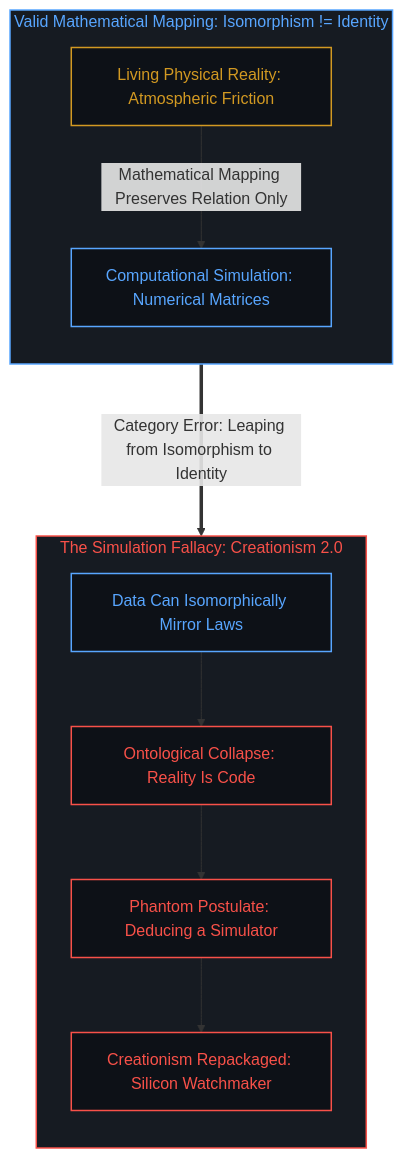
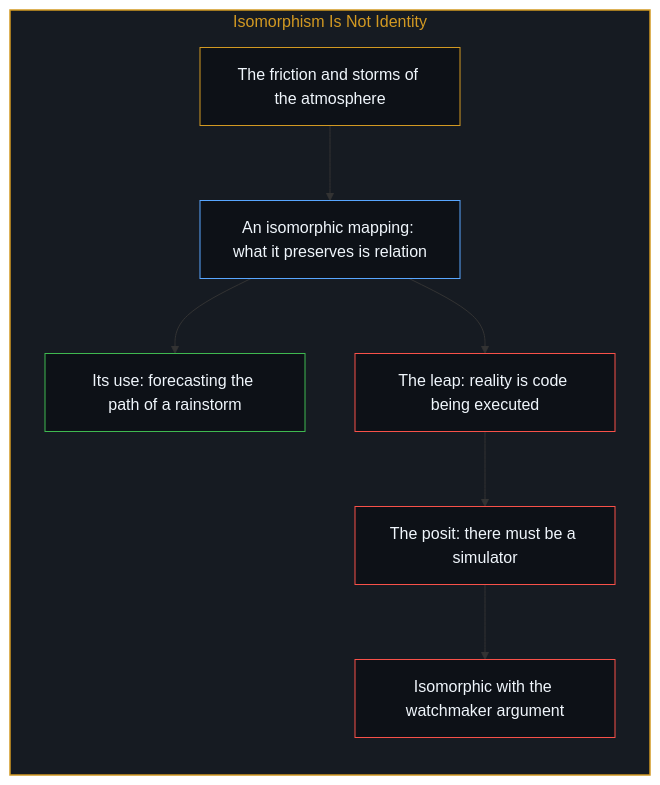
Before and after one commit to powerpig99/not-a-toe: the fourth of 10 diagrams in content/posts/all-that-can-be-spoken-is-the-product-of-the-unspeakable.md, drawn with Mermaid. The commit also changed other lines of this file and 2 other files, not shown here.

Commit message:
Refine all-that-can-be-spoken-is-the-product-of-the-unspeakable: alternating bilingual layout, five paired diagrams, the cut and the informational side of the machine, implicit first person

````diff
--- a/content/posts/all-that-can-be-spoken-is-the-product-of-the-unspeakable.md
+++ b/content/posts/all-that-can-be-spoken-is-the-product-of-the-unspeakable.md
@@ -129,29 +115,25 @@
 ```mermaid
-graph TD
-    classDef default fill:#0d1117,stroke:#30363d,stroke-width:1px,color:#f0f6fc;
-    classDef mind fill:#0d1117,stroke:#3fb950,stroke-width:1.5px,color:#3fb950;
-    classDef failure fill:#0d1117,stroke:#f85149,stroke-width:1.5px,color:#f85149;
-    classDef scaffold fill:#0d1117,stroke:#d29922,stroke-width:1.5px,color:#d29922;
-    classDef model fill:#0d1117,stroke:#58a6ff,stroke-width:1.5px,color:#58a6ff;
-
-    subgraph S_Isomorphism_EN ["Valid Mathematical Mapping: Isomorphism != Identity"]
+flowchart TD
+    subgraph S_Iso["Isomorphism Is Not Identity"]
         direction TB
-        IE1["Living Physical Reality: Atmospheric Friction"]:::scaffold
-        IE2["Computational Simulation: Numerical Matrices"]:::model
-        IE1 -->|"Mathematical Mapping Preserves Relation Only"| IE2
+        Real["The friction and storms of the atmosphere"]
+        Map["An isomorphic mapping: what it preserves is relation"]
+        Use["Its use: forecasting the path of a rainstorm"]
+        Leap["The leap: reality is code being executed"]
+        Simr["The posit: there must be a simulator"]
+        Watch["Isomorphic with the watchmaker argument"]
+        Real --> Map
+        Map --> Use
+        Map --> Leap
+        Leap --> Simr
+        Simr --> Watch
     end
 
-    subgraph S_Collapse_EN ["The Simulation Fallacy: Creationism 2.0"]
-        direction TB
-        CE1["Data Can Isomorphically Mirror Laws"]:::model
-        CE2["Ontological Collapse: Reality Is Code"]:::failure
-        CE3["Phantom Postulate: Deducing a Simulator"]:::failure
-        CE4["Creationism Repackaged: Silicon Watchmaker"]:::failure
-        CE1 --> CE2 --> CE3 --> CE4
-    end
-
-    IE2 ===>|"Category Error: Leaping from Isomorphism to Identity"| CE1
-
-    style S_Isomorphism_EN fill:#161b22,stroke:#58a6ff,stroke-width:1.5px,color:#58a6ff
-    style S_Collapse_EN fill:#161b22,stroke:#f85149,stroke-width:1.5px,color:#f85149
+    style S_Iso fill:#161b22,stroke:#d29922,stroke-width:1.5px,color:#d29922
+    style Real fill:#0d1117,stroke:#d29922,stroke-width:1px,color:#f0f6fc
+    style Map fill:#0d1117,stroke:#58a6ff,stroke-width:1px,color:#f0f6fc
+    style Use fill:#0d1117,stroke:#3fb950,stroke-width:1px,color:#f0f6fc
+    style Leap fill:#0d1117,stroke:#f85149,stroke-width:1px,color:#f0f6fc
+    style Simr fill:#0d1117,stroke:#f85149,stroke-width:1px,color:#f0f6fc
+    style Watch fill:#0d1117,stroke:#f85149,stroke-width:1px,color:#f0f6fc
 ```
````
